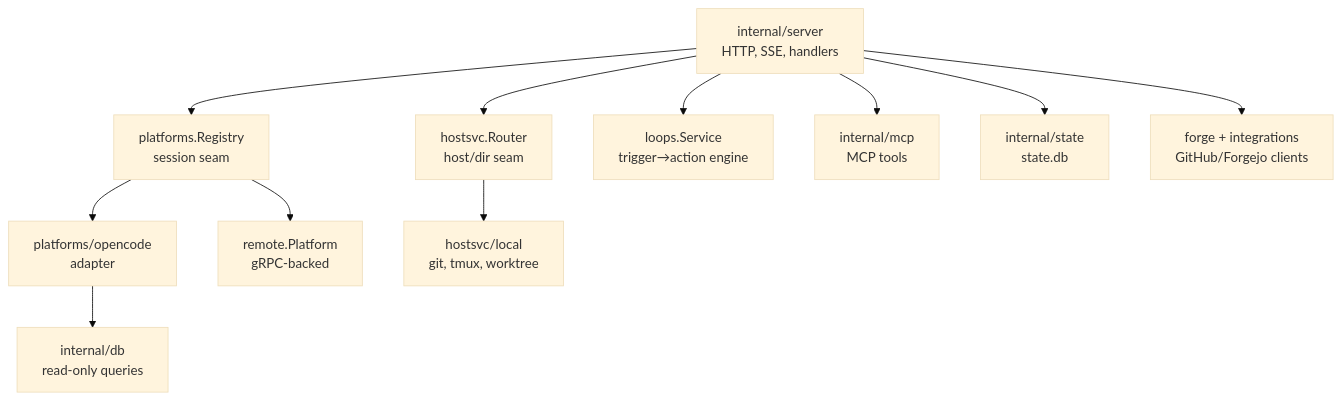
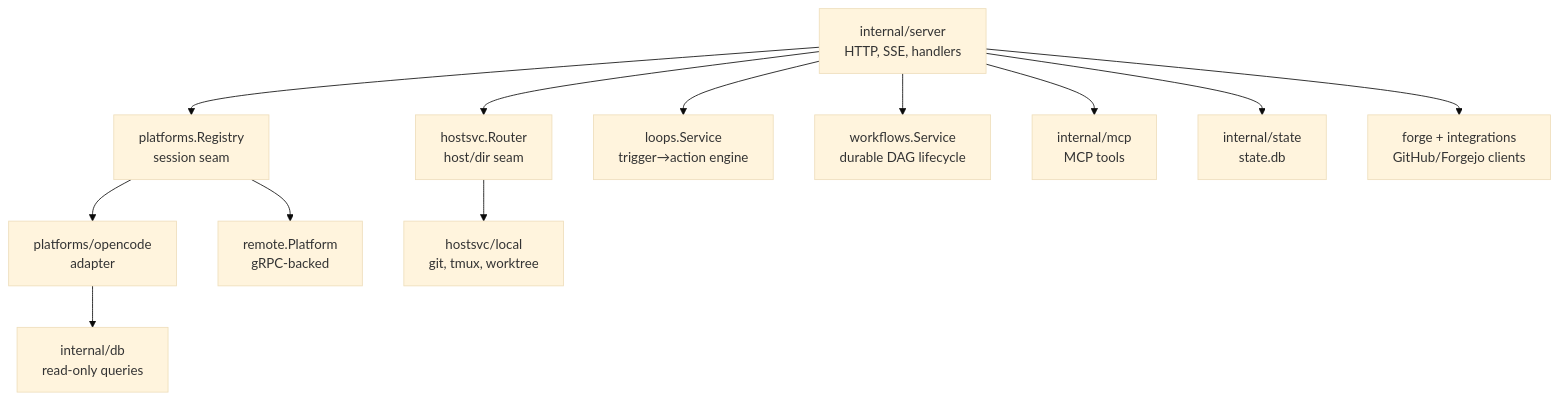
Before and after one commit to ocman/ocman: the second of 4 diagrams in docs/architecture.md, drawn with Mermaid (base theme). The commit also changed other lines of this file and 19 other files, not shown here.

````diff
--- a/docs/architecture.md
+++ b/docs/architecture.md
@@ -41,13 +41,14 @@
 ```mermaid
 flowchart TD
     Server[internal/server<br/>HTTP, SSE, handlers] --> Registry[platforms.Registry<br/>session seam]
     Server --> Router[hostsvc.Router<br/>host/dir seam]
     Server --> Loops[loops.Service<br/>trigger→action engine]
+    Server --> Workflows[workflows.Service<br/>durable DAG lifecycle]
     Server --> MCP[internal/mcp<br/>MCP tools]
     Registry --> OC[platforms/opencode<br/>adapter]
     Registry --> RP[remote.Platform<br/>gRPC-backed]
     OC --> DB[internal/db<br/>read-only queries]
     Router --> Local[hostsvc/local<br/>git, tmux, worktree]
     Server --> State[internal/state<br/>state.db]
     Server --> Forge[forge + integrations<br/>GitHub/Forgejo clients]
 ```
````
